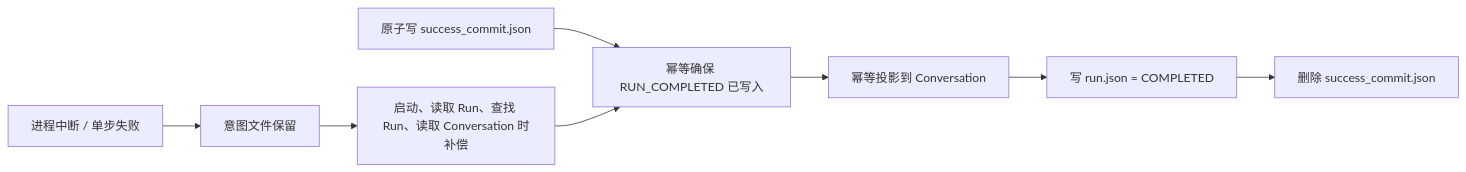
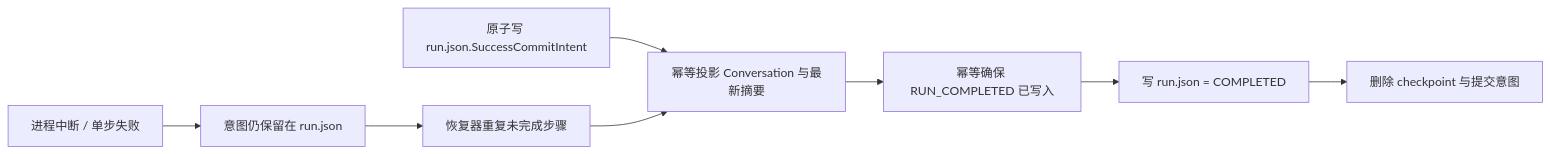
The eighth of 8 diagrams in docs/wiki/Runtime 模块总体说明.md (aandbcct/dotClaw), drawn with Mermaid before and after one commit. The commit also changed other lines of this file and 3 other files, not shown here.

````diff
--- a/docs/wiki/Runtime 模块总体说明.md
+++ b/docs/wiki/Runtime 模块总体说明.md
@@ -380,10 +391,10 @@
 ```mermaid
 flowchart LR
-    A["原子写 success_commit.json"] --> B["幂等确保 RUN_COMPLETED 已写入"]
-    B --> C["幂等投影到 Conversation"]
+    A["原子写 run.json.SuccessCommitIntent"] --> B["幂等投影 Conversation 与最新摘要"]
+    B --> C["幂等确保 RUN_COMPLETED 已写入"]
     C --> D["写 run.json = COMPLETED"]
-    D --> E["删除 success_commit.json"]
-    F["进程中断 / 单步失败"] --> G["意图文件保留"]
-    G --> H["启动、读取 Run、查找 Run、读取 Conversation 时补偿"]
+    D --> E["删除 checkpoint 与提交意图"]
+    F["进程中断 / 单步失败"] --> G["意图仍保留在 run.json"]
+    G --> H["恢复器重复未完成步骤"]
     H --> B
 ```
````
